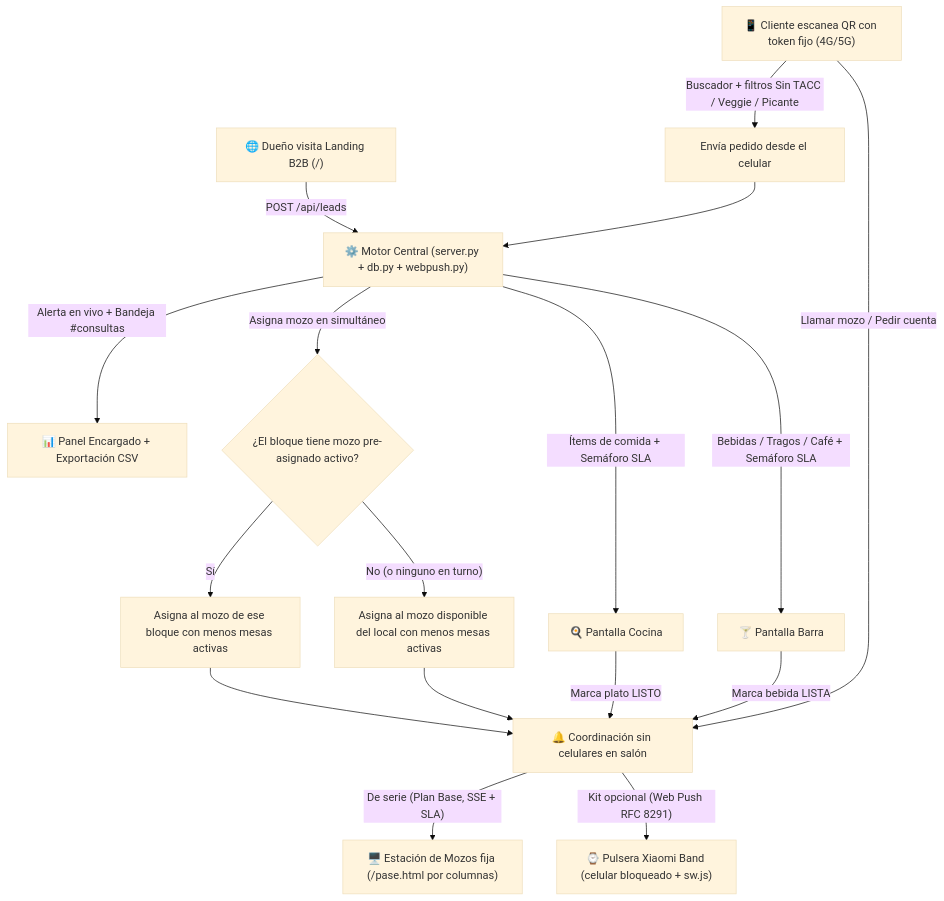
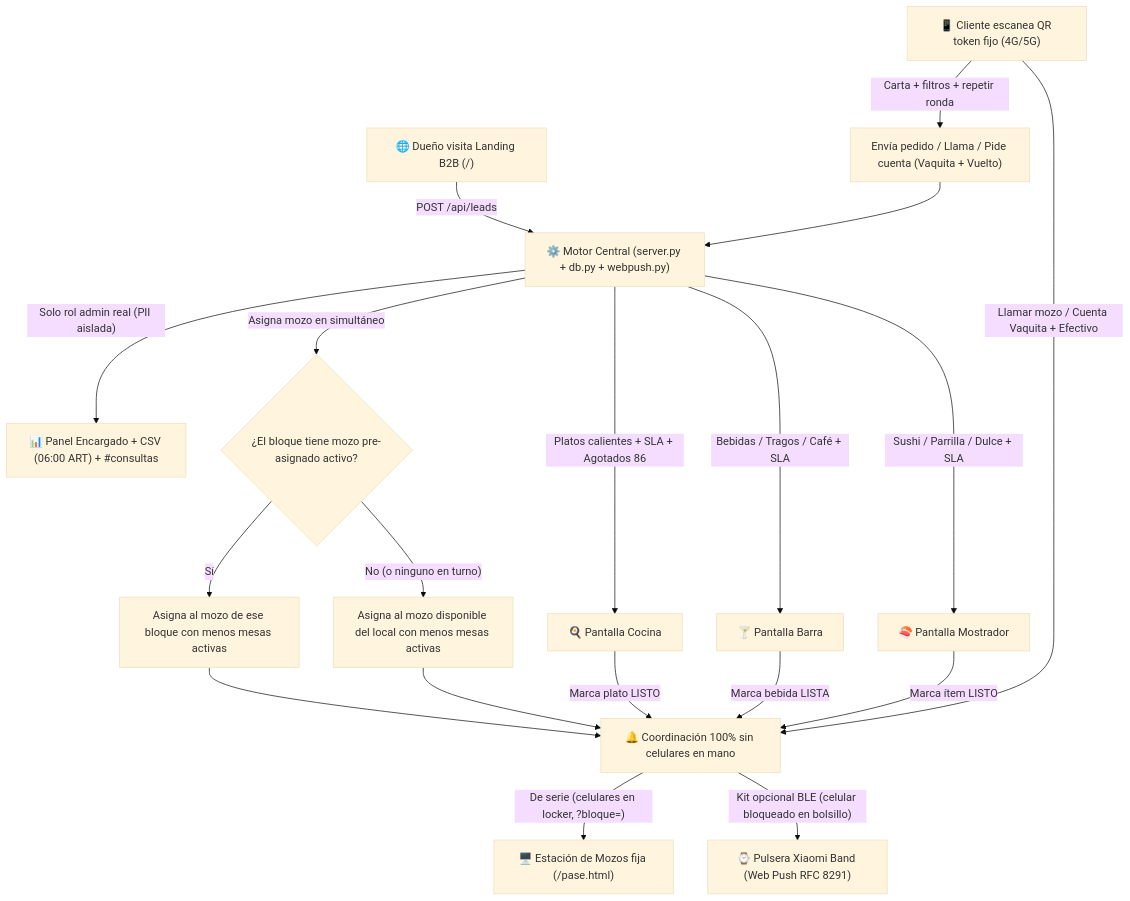
One commit to colo03/menues changed the diagram in docs/arquitectura_salelisto.md. Above: the diagram before and after it, drawn with Mermaid (base theme). The commit also changed other lines of this file and 73 other files, not shown here.

Commit message:
feat: EGM security/UX/TRIZ hardening, 3 stations, Vaquita/change, Opus deck & 26-venue outreach, 33 graphics + LinkedIn PDFs & Omni ad pipeline

````diff
--- a/docs/arquitectura_salelisto.md
+++ b/docs/arquitectura_salelisto.md
@@ -23,24 +25,26 @@
 ```mermaid
 flowchart TD
     Landing["🌐 Dueño visita Landing B2B (/)"] -->|"POST /api/leads"| Motor["⚙️ Motor Central (server.py + db.py + webpush.py)"]
-    QR["📱 Cliente escanea QR con token fijo (4G/5G)"] -->|"Buscador + filtros Sin TACC / Veggie / Picante"| Pedido["Envía pedido desde el celular"]
+    QR["📱 Cliente escanea QR token fijo (4G/5G)"] -->|"Carta + filtros + repetir ronda"| Pedido["Envía pedido / Llama / Pide cuenta (Vaquita + Vuelto)"]
     Pedido --> Motor
 
-    Motor -->|"Ítems de comida + Semáforo SLA"| Cocina["🍳 Pantalla Cocina"]
-    Motor -->|"Bebidas / Tragos / Café + Semáforo SLA"| Barra["🍸 Pantalla Barra"]
-    Motor -->|"Alerta en vivo + Bandeja #consultas"| Admin["📊 Panel Encargado + Exportación CSV"]
+    Motor -->|"Platos calientes + SLA + Agotados 86"| Cocina["🍳 Pantalla Cocina"]
+    Motor -->|"Bebidas / Tragos / Café + SLA"| Barra["🍸 Pantalla Barra"]
+    Motor -->|"Sushi / Parrilla / Dulce + SLA"| Mostrador["🍣 Pantalla Mostrador"]
+    Motor -->|"Solo rol admin real (PII aislada)"| Admin["📊 Panel Encargado + CSV (06:00 ART) + #consultas"]
     Motor -->|"Asigna mozo en simultáneo"| Regla{"¿El bloque tiene mozo pre-asignado activo?"}
 
     Regla -->|"Sí"| MSec["Asigna al mozo de ese bloque con menos mesas activas"]
     Regla -->|"No (o ninguno en turno)"| MAuto["Asigna al mozo disponible del local con menos mesas activas"]
 
-    MSec --> Coord["🔔 Coordinación sin celulares en salón"]
+    MSec --> Coord["🔔 Coordinación 100% sin celulares en mano"]
     MAuto --> Coord
 
     Cocina -->|"Marca plato LISTO"| Coord
     Barra -->|"Marca bebida LISTA"| Coord
-    QR -->|"Llamar mozo / Pedir cuenta"| Coord
+    Mostrador -->|"Marca ítem LISTO"| Coord
+    QR -->|"Llamar mozo / Cuenta Vaquita + Efectivo"| Coord
 
-    Coord -->|"De serie (Plan Base, SSE + SLA)"| Pase["🖥️ Estación de Mozos fija (/pase.html por columnas)"]
-    Coord -->|"Kit opcional (Web Push RFC 8291)"| Pulsera["⌚ Pulsera Xiaomi Band (celular bloqueado + sw.js)"]
+    Coord -->|"De serie (celulares en locker, ?bloque=)"| Pase["🖥️ Estación de Mozos fija (/pase.html)"]
+    Coord -->|"Kit opcional BLE (celular bloqueado en bolsillo)"| Pulsera["⌚ Pulsera Xiaomi Band (Web Push RFC 8291)"]
 ```
````
